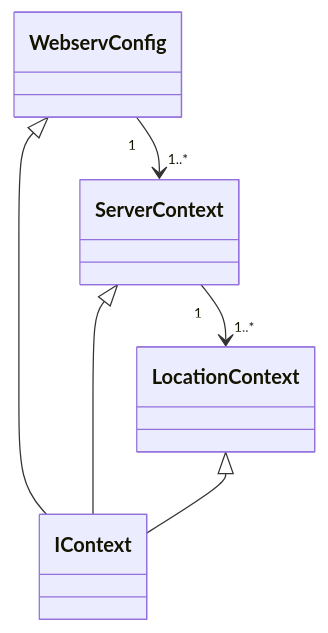
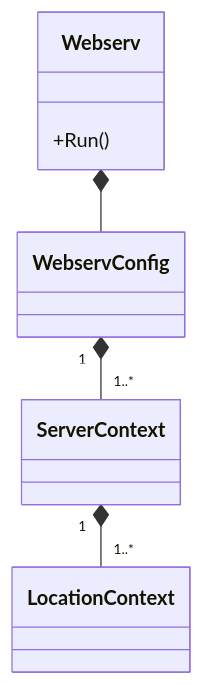
One commit to katataku/webserv changed the first of 2 diagrams in docs/class/config_class.md. Above: the diagram before and after it, drawn with Mermaid. The commit also changed other lines of this file, not shown here.

````diff
--- a/docs/class/config_class.md
+++ b/docs/class/config_class.md
@@ -1,9 +1,10 @@
 ```mermaid
 classDiagram
-    WebservConfig <|-- IContext
-    ServerContext <|-- IContext
-    LocationContext <|-- IContext
+    Webserv *-- WebservConfig
+    WebservConfig "1" *-- "1..*" ServerContext
+    ServerContext "1" *-- "1..*" LocationContext
 
-    WebservConfig "1" --> "1..*" ServerContext
-    ServerContext "1" --> "1..*" LocationContext
+    class Webserv {
+        +Run()
+    }
 ```
````
